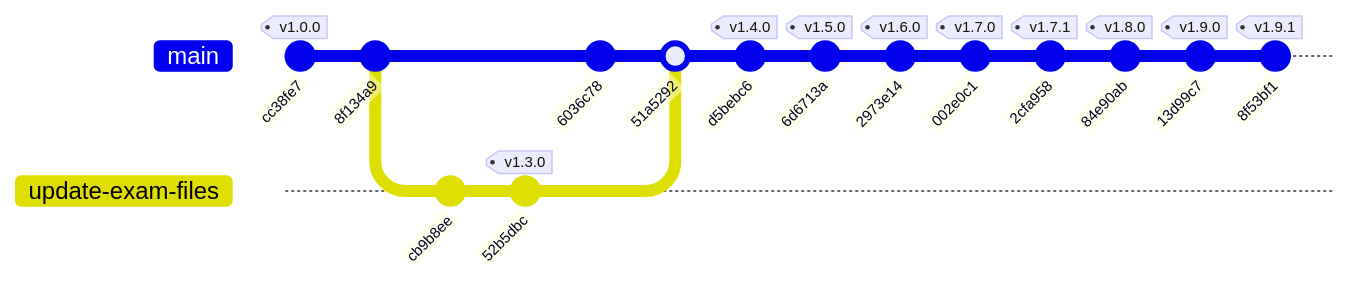
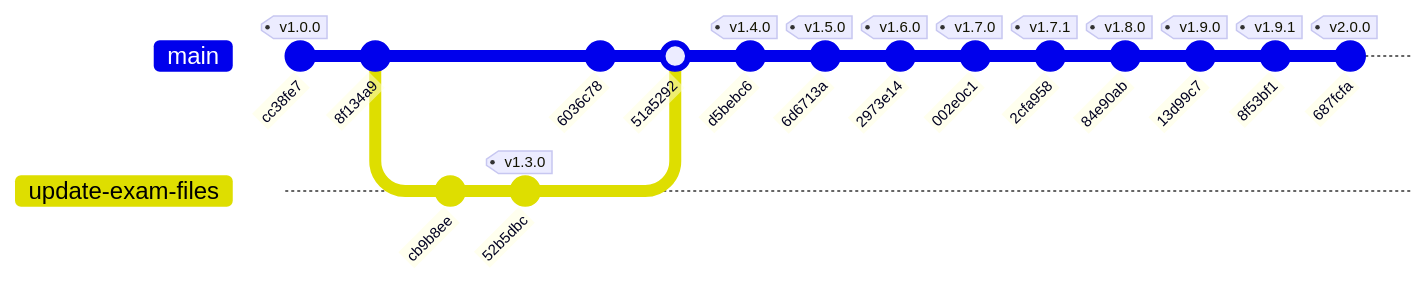
The diagram in README.md (renart00001-ux/exam-web), drawn with Mermaid before and after one commit. The commit also changed other lines of this file and 53 other files, not shown here.

````diff
--- a/README.md
+++ b/README.md
@@ -46,20 +46,21 @@
 ```mermaid
 gitGraph
     commit id: "cc38fe7" tag: "v1.0.0"
     commit id: "8f134a9"
     branch update-exam-files
     checkout update-exam-files
     commit id: "cb9b8ee"
     commit id: "52b5dbc" tag: "v1.3.0"
     checkout main
     commit id: "6036c78"
     merge update-exam-files id: "51a5292"
     commit id: "d5bebc6" tag: "v1.4.0"
     commit id: "6d6713a" tag: "v1.5.0"
     commit id: "2973e14" tag: "v1.6.0"
     commit id: "002e0c1" tag: "v1.7.0"
     commit id: "2cfa958" tag: "v1.7.1"
     commit id: "84e90ab" tag: "v1.8.0"
     commit id: "13d99c7" tag: "v1.9.0"
     commit id: "8f53bf1" tag: "v1.9.1"
+    commit id: "687fcfa" tag: "v2.0.0"
 ```
````
